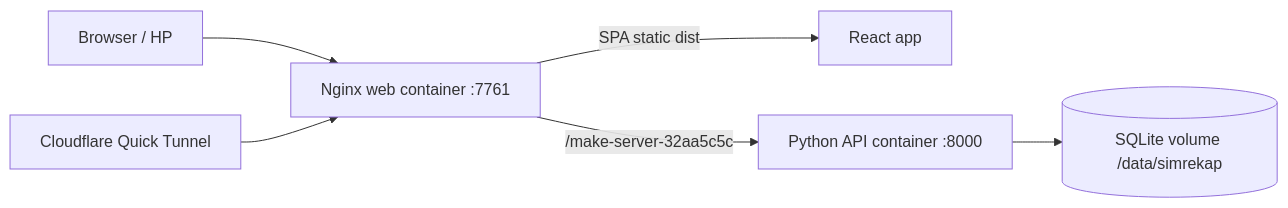
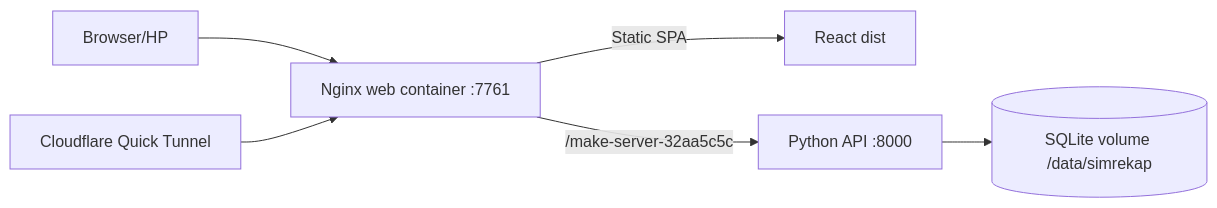
Before and after one commit to lustresense/xpcentric-web: the third of 4 diagrams in README.md, drawn with Mermaid. The commit also changed other lines of this file and 20 other files, not shown here.

````diff
--- a/README.md
+++ b/README.md
@@ -91,8 +110,8 @@
 ```mermaid
 flowchart LR
-    U[Browser / HP] --> W[Nginx web container :7761]
-    W -->|SPA static dist| F[React app]
-    W -->|/make-server-32aa5c5c| A[Python API container :8000]
+    U[Browser/HP] --> W[Nginx web container :7761]
+    W -->|Static SPA| F[React dist]
+    W -->|/make-server-32aa5c5c| A[Python API :8000]
     A --> D[(SQLite volume /data/simrekap)]
     T[Cloudflare Quick Tunnel] --> W
 ```
````
